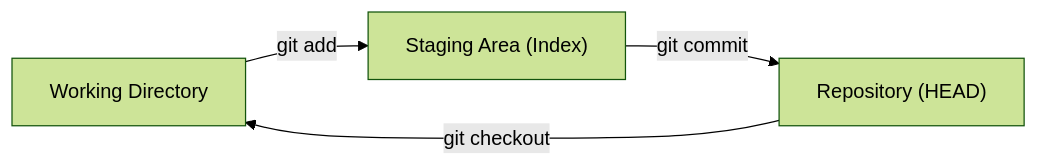
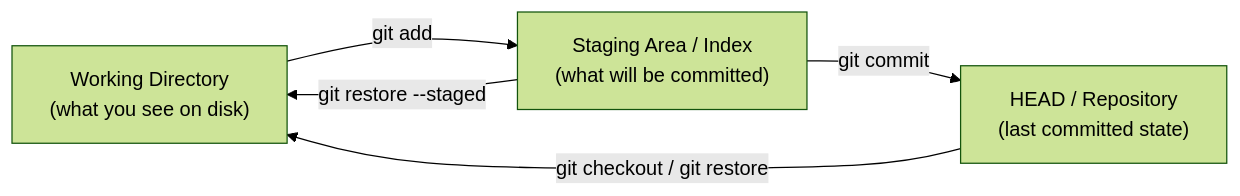
Before and after one commit to AkashKhuranaDev/automation-lab: the first of 3 diagrams in git/fundamentals/README.md, drawn with Mermaid (forest theme). The commit also changed other lines of this file and 15 other files, not shown here.

````diff
--- a/git/fundamentals/README.md
+++ b/git/fundamentals/README.md
@@ -81,6 +46,11 @@
 ```mermaid
 graph LR
-    WD["Working Directory"] -->|git add| INDEX["Staging Area (Index)"]
-    INDEX -->|git commit| REPO["Repository (HEAD)"]
-    REPO -->|git checkout| WD
+    WD["Working Directory\n(what you see on disk)"]
+    IDX["Staging Area / Index\n(what will be committed)"]
+    REPO["HEAD / Repository\n(last committed state)"]
+
+    WD -->|"git add"| IDX
+    IDX -->|"git commit"| REPO
+    REPO -->|"git checkout / git restore"| WD
+    IDX -->|"git restore --staged"| WD
 ```
````
